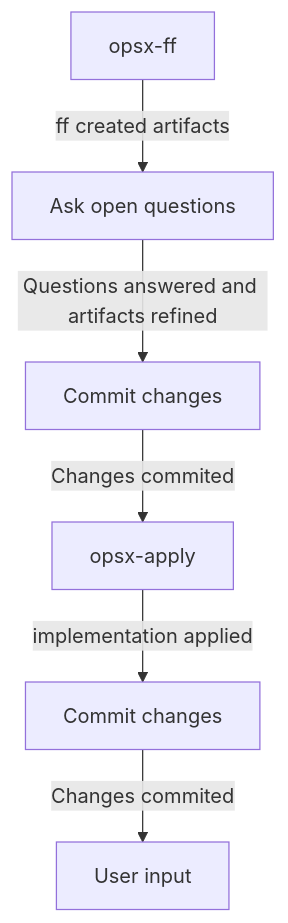
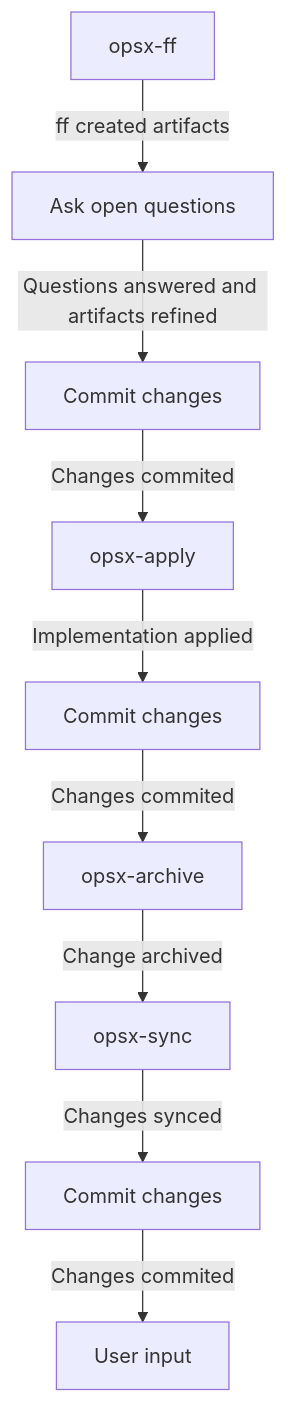
One commit to aserowy/yeet changed the third of 7 diagrams in .opencode/agents/openspec.md. Above: the diagram before and after it, drawn with Mermaid. The commit also changed other lines of this file, not shown here.

Commit message:
openspec: archive and sync on ff

````diff
--- a/.opencode/agents/openspec.md
+++ b/.opencode/agents/openspec.md
@@ -74,8 +74,11 @@
 ```mermaid
 flowchart TD
     A[opsx-ff] -->|ff created artifacts| B[Ask open questions]
     B -->|Questions answered and artifacts refined| C[Commit changes]
     C -->|Changes commited| D[opsx-apply]
-    D -->|implementation applied| E[Commit changes]
-    E -->|Changes commited| F[User input]
+    D -->|Implementation applied| E[Commit changes]
+    E -->|Changes commited| F[opsx-archive]
+    F -->|Change archived| G[opsx-sync]
+    G -->|Changes synced| H[Commit changes]
+    H -->|Changes commited| I[User input]
 ```
````
